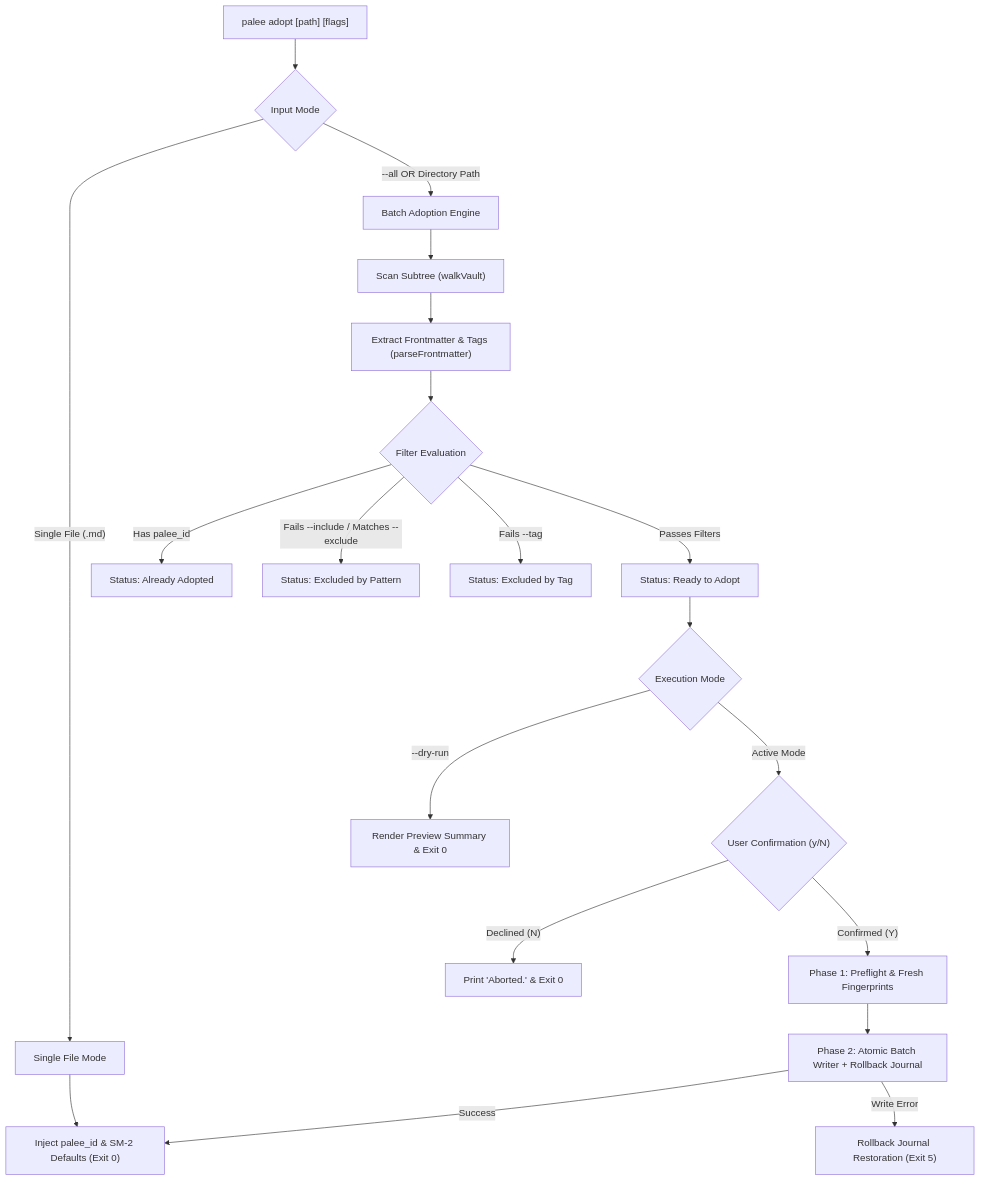
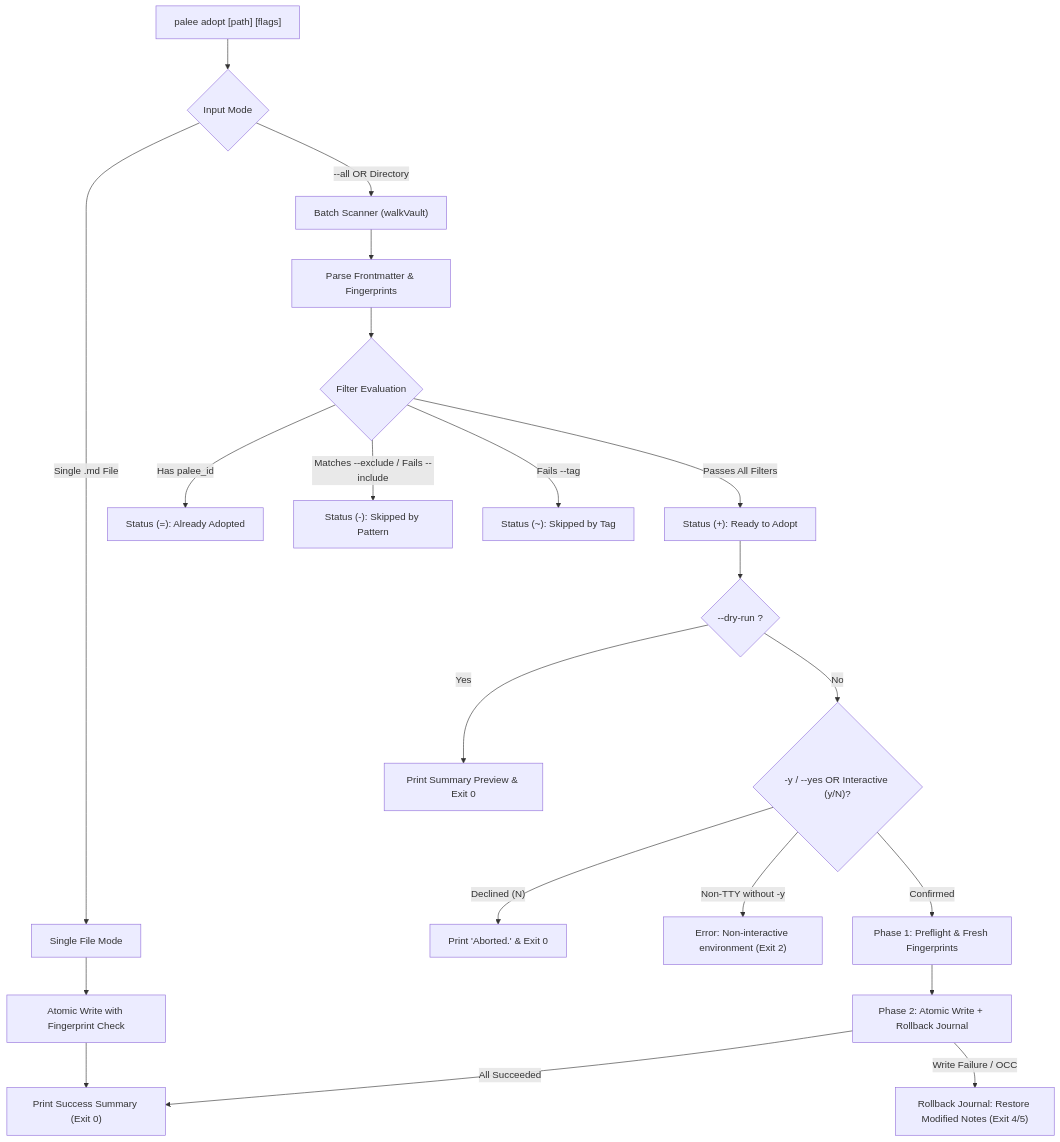
The first of 2 diagrams in docs/02-1-topic-management-commands.md (Kuldeep2822k/cli), drawn with Mermaid before and after one commit. The commit also changed other lines of this file and 27 other files, not shown here.

````diff
--- a/docs/02-1-topic-management-commands.md
+++ b/docs/02-1-topic-management-commands.md
@@ -69,27 +94,29 @@
 ```mermaid
 flowchart TD
-    A["palee adopt [path] [flags]"] --> B{"Input Mode"}
-
-    B -->|"Single File (.md)"| C["Single File Mode"]
-    B -->|"--all OR Directory Path"| D["Batch Adoption Engine"]
-
-    D --> E["Scan Subtree (walkVault)"]
-    E --> F["Extract Frontmatter & Tags (parseFrontmatter)"]
+    Start["palee adopt [path] [flags]"] --> CheckMode{"Input Mode"}
     
-    F --> G{"Filter Evaluation"}
-    G -->|"Has palee_id"| H["Status: Already Adopted"]
-    G -->|"Fails --include / Matches --exclude"| I["Status: Excluded by Pattern"]
-    G -->|"Fails --tag"| J["Status: Excluded by Tag"]
-    G -->|"Passes Filters"| K["Status: Ready to Adopt"]
-
-    K --> L{"Execution Mode"}
-    L -->|"--dry-run"| M["Render Preview Summary & Exit 0"]
-    L -->|"Active Mode"| N{"User Confirmation (y/N)"}
+    CheckMode -->|"Single .md File"| SingleFlow["Single File Mode"]
+    CheckMode -->|"--all OR Directory"| BatchFlow["Batch Scanner (walkVault)"]
     
-    N -->|"Declined (N)"| O["Print 'Aborted.' & Exit 0"]
-    N -->|"Confirmed (Y)"| P["Phase 1: Preflight & Fresh Fingerprints"]
-    P --> Q["Phase 2: Atomic Batch Writer + Rollback Journal"]
-    Q -->|"Success"| R["Inject palee_id & SM-2 Defaults (Exit 0)"]
-    Q -->|"Write Error"| S["Rollback Journal Restoration (Exit 5)"]
-    C --> R
+    BatchFlow --> ParseLoop["Parse Frontmatter & Fingerprints"]
+    ParseLoop --> FilterCheck{"Filter Evaluation"}
+    
+    FilterCheck -->|"Has palee_id"| SkipAdopted["Status (=): Already Adopted"]
+    FilterCheck -->|"Matches --exclude / Fails --include"| SkipPattern["Status (-): Skipped by Pattern"]
+    FilterCheck -->|"Fails --tag"| SkipTag["Status (~): Skipped by Tag"]
+    FilterCheck -->|"Passes All Filters"| Staged["Status (+): Ready to Adopt"]
+    
+    Staged --> DryCheck{"--dry-run ?"}
+    DryCheck -->|"Yes"| PrintDry["Print Summary Preview & Exit 0"]
+    DryCheck -->|"No"| ConfirmCheck{"-y / --yes OR Interactive (y/N)?"}
+    
+    ConfirmCheck -->|"Declined (N)"| Abort["Print 'Aborted.' & Exit 0"]
+    ConfirmCheck -->|"Non-TTY without -y"| ErrTTY["Error: Non-interactive environment (Exit 2)"]
+    ConfirmCheck -->|"Confirmed"| Phase1["Phase 1: Preflight & Fresh Fingerprints"]
+    
+    Phase1 --> Phase2["Phase 2: Atomic Write + Rollback Journal"]
+    Phase2 -->|"All Succeeded"| Done["Print Success Summary (Exit 0)"]
+    Phase2 -->|"Write Failure / OCC"| Rollback["Rollback Journal: Restore Modified Notes (Exit 4/5)"]
+    SingleFlow --> AtomicSingle["Atomic Write with Fingerprint Check"]
+    AtomicSingle --> Done
 ```
````
